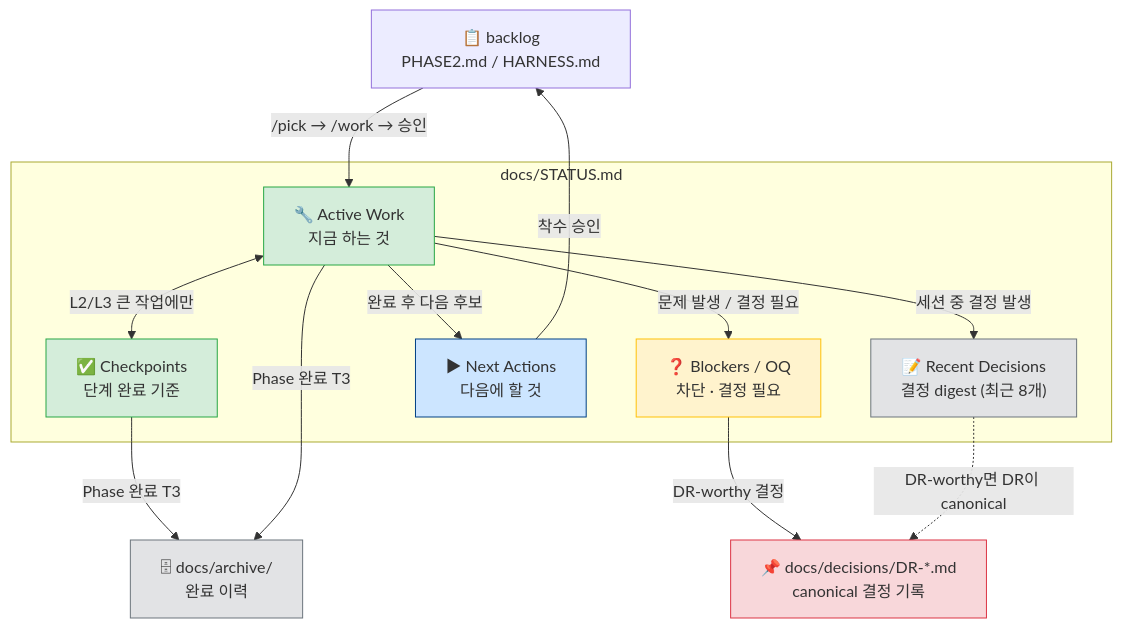
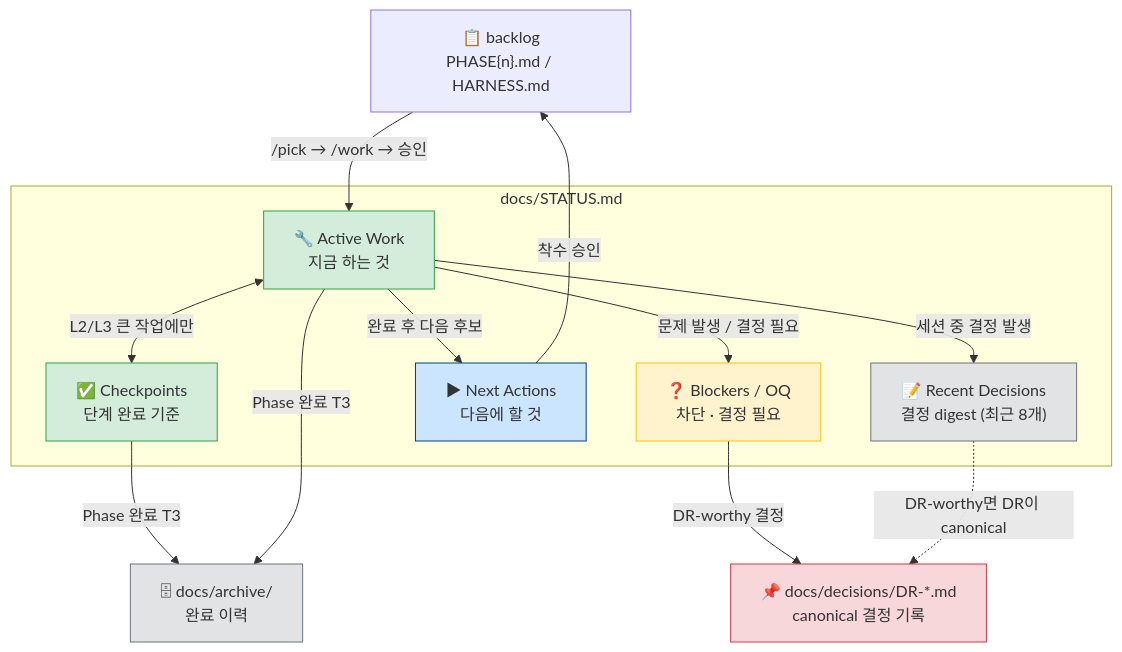
One commit to kyungseo/ai-workflow-harness changed the third of 7 diagrams in docs/WORKFLOW-MANUAL.md. Above: the diagram before and after it, drawn with Mermaid. The commit also changed other lines of this file and 19 other files, not shown here.

First line of the commit message:
refactor: generalize PHASE2 routing references to PHASE{n} across harness docs

````diff
--- a/docs/WORKFLOW-MANUAL.md
+++ b/docs/WORKFLOW-MANUAL.md
@@ -264,34 +264,34 @@
 ```mermaid
 graph TD
-    BL["📋 backlog\nPHASE2.md / HARNESS.md"]
+    BL["📋 backlog\nPHASE{n}.md / HARNESS.md"]
 
     subgraph STATUS ["docs/STATUS.md"]
         AW["🔧 Active Work\n지금 하는 것"]
         CP["✅ Checkpoints\n단계 완료 기준"]
         OQ["❓ Blockers / OQ\n차단 · 결정 필요"]
         NA["▶ Next Actions\n다음에 할 것"]
         RD["📝 Recent Decisions\n결정 digest (최근 8개)"]
     end
 
     DR["📌 docs/decisions/DR-*.md\ncanonical 결정 기록"]
     ARC["🗄 docs/archive/\n완료 이력"]
 
     BL -->|"/pick → /work → 승인"| AW
     AW <-->|"L2/L3 큰 작업에만"| CP
     AW -->|"문제 발생 / 결정 필요"| OQ
     OQ -->|"DR-worthy 결정"| DR
     AW -->|"완료 후 다음 후보"| NA
     NA -->|"착수 승인"| BL
     AW -->|"세션 중 결정 발생"| RD
     RD -.->|"DR-worthy면 DR이 canonical"| DR
     CP -->|"Phase 완료 T3"| ARC
     AW -->|"Phase 완료 T3"| ARC
 
     style AW fill:#d4edda,stroke:#28a745
     style CP fill:#d4edda,stroke:#28a745
     style OQ fill:#fff3cd,stroke:#ffc107
     style NA fill:#cce5ff,stroke:#004085
     style RD fill:#e2e3e5,stroke:#6c757d
     style DR fill:#f8d7da,stroke:#dc3545
     style ARC fill:#e2e3e5,stroke:#6c757d
 ```
````
